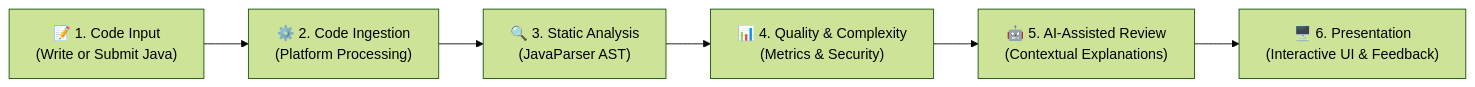
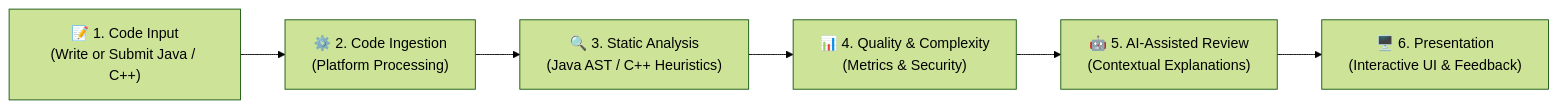
The diagram in README.md (Shriyanshi025/AI-Code-Review-Assistant), drawn with Mermaid (forest theme) before and after one commit. The commit also changed other lines of this file and 48 other files, not shown here.

````diff
--- a/README.md
+++ b/README.md
@@ -71,8 +74,8 @@
 ```mermaid
 flowchart LR
-    A["📝 1. Code Input<br/>(Write or Submit Java)"] --> B["⚙️ 2. Code Ingestion<br/>(Platform Processing)"]
-    B --> C["🔍 3. Static Analysis<br/>(JavaParser AST)"]
+    A["📝 1. Code Input<br/>(Write or Submit Java / C++)"] --> B["⚙️ 2. Code Ingestion<br/>(Platform Processing)"]
+    B --> C["🔍 3. Static Analysis<br/>(Java AST / C++ Heuristics)"]
     C --> D["📊 4. Quality & Complexity<br/>(Metrics & Security)"]
     D --> E["🤖 5. AI-Assisted Review<br/>(Contextual Explanations)"]
     E --> F["🖥️ 6. Presentation<br/>(Interactive UI & Feedback)"]
 ```
````
